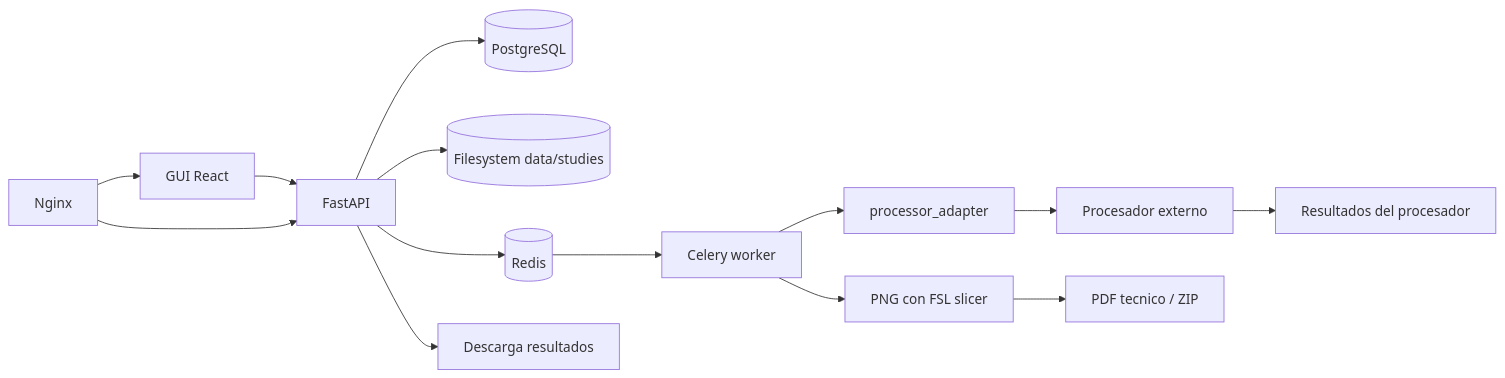
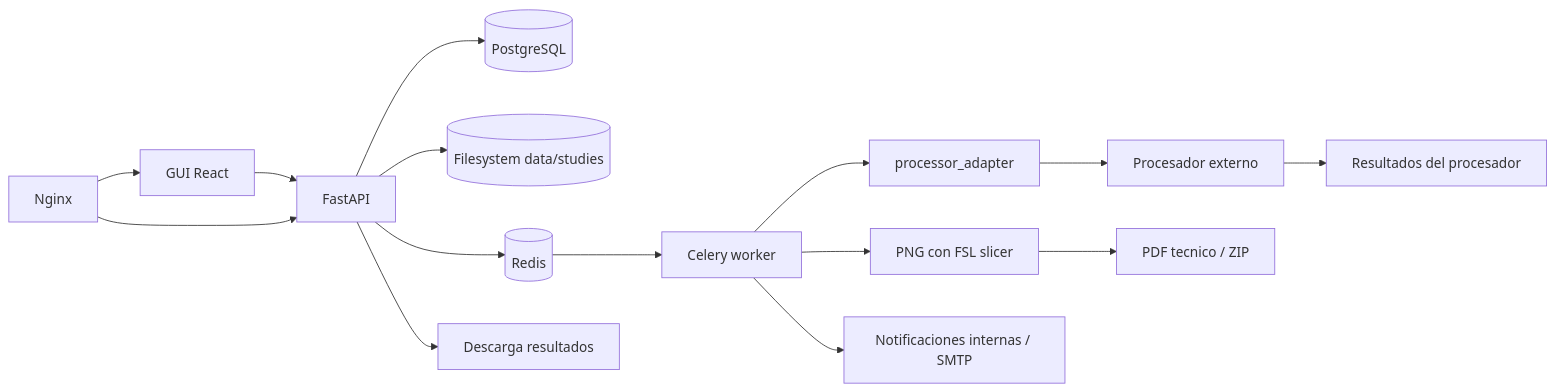
One commit to suhartx/neuroimagen-server-biocruces changed the diagram in README.md. Above: the diagram before and after it, drawn with Mermaid. The commit also changed other lines of this file and 30 other files, not shown here.

````diff
--- a/README.md
+++ b/README.md
@@ -11,16 +11,17 @@
 ```mermaid
 flowchart LR
   GUI[GUI React] --> API[FastAPI]
   API --> DB[(PostgreSQL)]
   API --> FS[(Filesystem data/studies)]
   API --> Redis[(Redis)]
   Redis --> Worker[Celery worker]
   Worker --> Adapter[processor_adapter]
   Adapter --> CLI[Procesador externo]
   CLI --> Outputs[Resultados del procesador]
   Worker --> Render[PNG con FSL slicer]
   Render --> Artifacts[PDF tecnico / ZIP]
+  Worker --> Notify[Notificaciones internas / SMTP]
   API --> Download[Descarga resultados]
   Proxy[Nginx] --> GUI
   Proxy --> API
 ```
````
